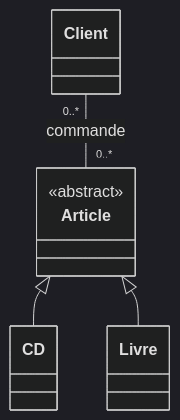
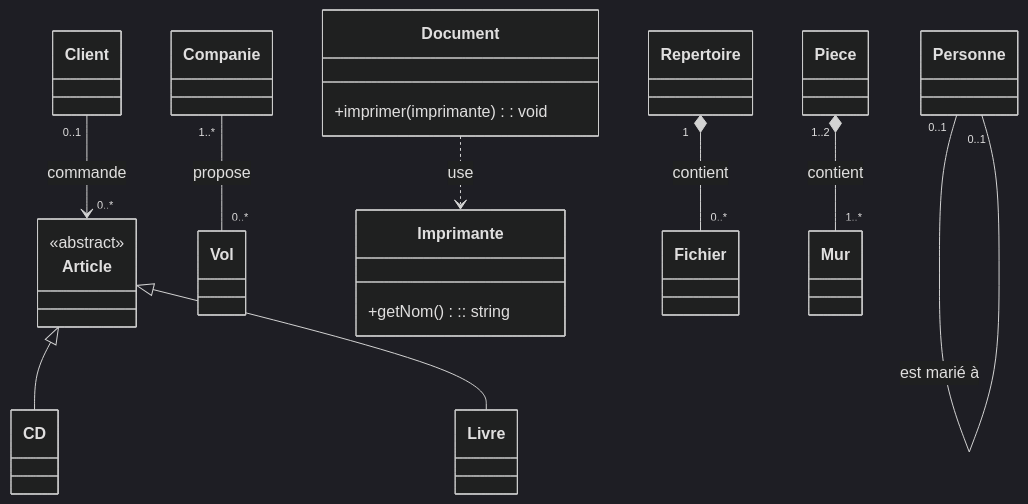
One commit to Mathis-LAURIOL-TORCQ/TP_3_R302_303 changed the diagram in README.md. Above: the diagram before and after it, drawn with Mermaid (dark theme).

Commit message:
all first exercice

````diff
--- a/README.md
+++ b/README.md
@@ -7,22 +7,74 @@
 ```mermaid
 classDiagram
     Article <|-- CD
     Article <|-- Livre
 
     class Client{
 
     }
 
     class Article{
     <<abstract>>
 
     }
     class CD{
     }
 
     class Livre {
 
     }
 
-    Client "0..*" -- "0..*" Article : commande
+    Client "0..1" --> "0..*" Article : commande
+
+
+    class Companie {
+
+    }
+
+    class Vol {
+
+    }
+
+    Companie "1..*" -- "0..*" Vol : propose
+
+    class Personne {
+
+    }
+
+    Personne "0..1" -- "0..1" Personne : est marié à
+
+
+
+    class Document {
+        +imprimer(imprimante) : void
+    }
+
+    class Imprimante {
+        +getNom() :: string
+    }
+
+    Document ..> Imprimante : use
+
+
+    class Repertoire {
+
+    }
+
+    class Fichier {
+
+    }
+
+    Repertoire "1" *-- "0..*" Fichier : contient
+
+
+    class Piece {
+
+    }
+
+    class Mur {
+
+    }
+
+    Piece "1..2" *-- "1..*" Mur : contient
+
 ```
````
